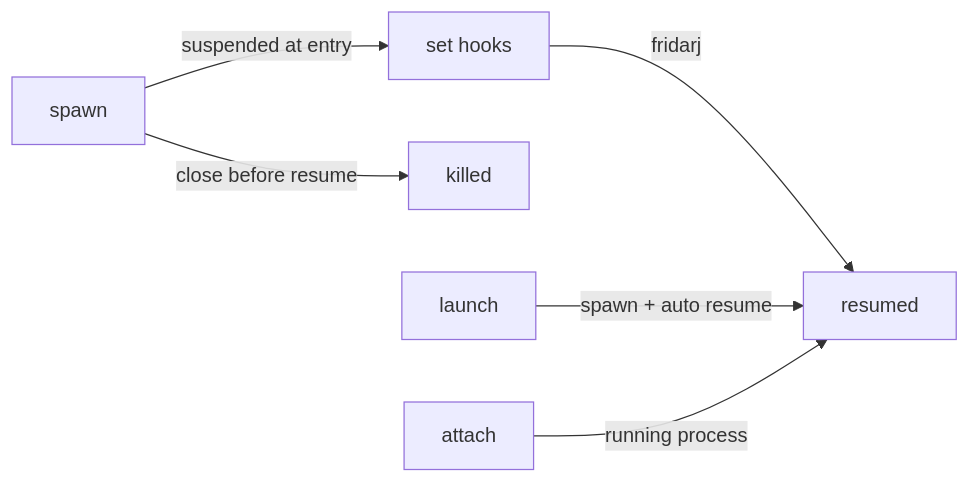
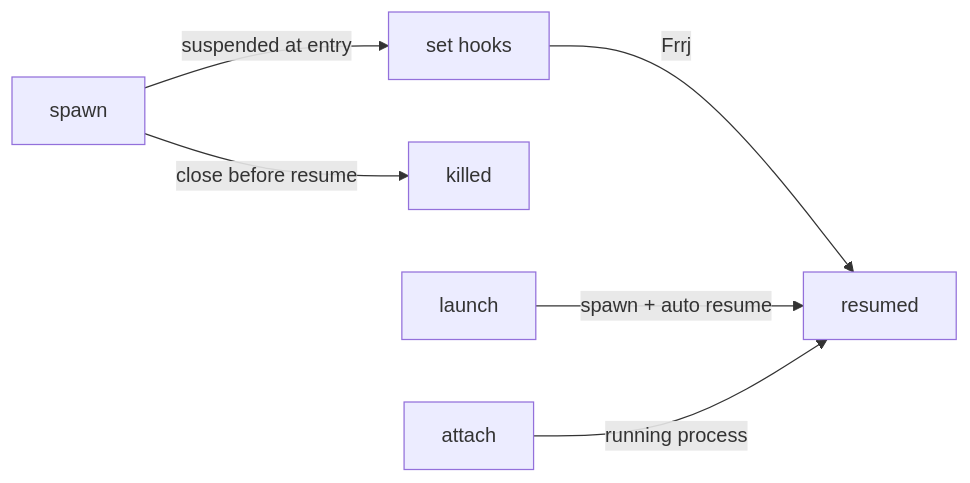
One commit to rizinorg/rz-frida changed the diagram in docs/native_journey/patching_and_spawning.qmd. Above: the diagram before and after it, drawn with Mermaid. The commit also changed other lines of this file and 53 other files, not shown here.

````diff
--- a/docs/native_journey/patching_and_spawning.qmd
+++ b/docs/native_journey/patching_and_spawning.qmd
@@ -99,8 +99,8 @@
 ```{mermaid}
 flowchart LR
     S[spawn] -->|suspended at entry| W[set hooks]
-    W -->|fridarj| R[resumed]
+    W -->|Frrj| R[resumed]
     S -->|close before resume| K[killed]
     L[launch] -->|spawn + auto resume| R
     A[attach] -->|running process| R
 ```
````
